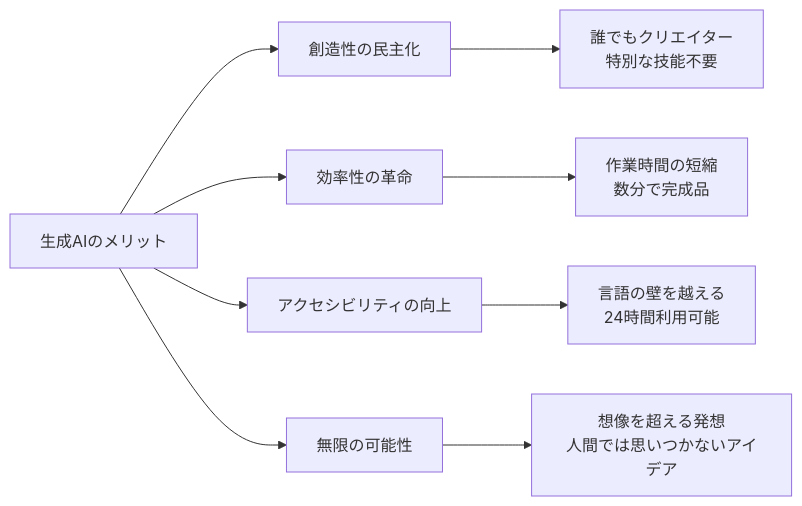
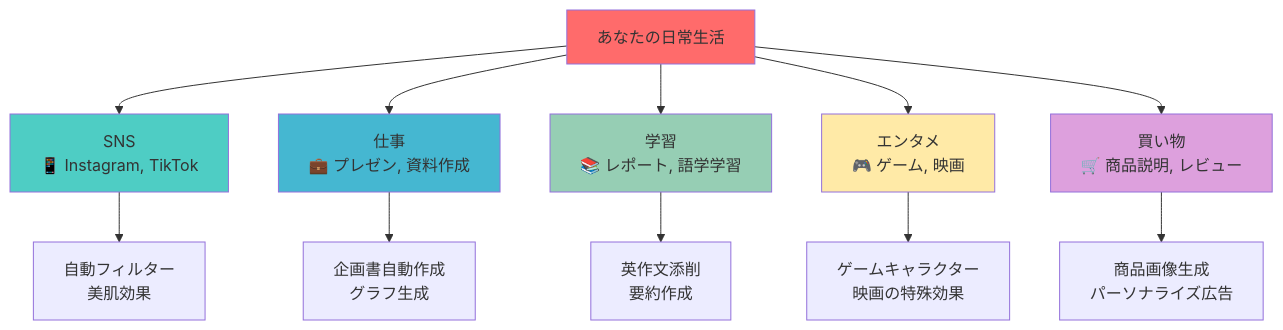
The eighth of 11 diagrams in GenerativeAI/README.MD (SparklingDetergent/doc_genai_mental_model), drawn with Mermaid before and after one commit. The commit also changed other lines of this file, not shown here.

````diff
--- a/GenerativeAI/README.MD
+++ b/GenerativeAI/README.MD
@@ -258,15 +252,21 @@
 ```mermaid
-flowchart LR
-    A[生成AIのメリット] --> B[創造性の民主化]
-    A --> C[効率性の革命]
-    A --> D[アクセシビリティの向上]
-    A --> E[無限の可能性]
+graph TD
+    A[あなたの日常生活] --> B[SNS<br/>📱 Instagram, TikTok]
+    A --> C[仕事<br/>💼 プレゼン, 資料作成]
+    A --> D[学習<br/>📚 レポート, 語学学習]
+    A --> E[エンタメ<br/>🎮 ゲーム, 映画]
+    A --> F[買い物<br/>🛒 商品説明, レビュー]
     
-    B --> B1[誰でもクリエイター<br/>特別な技能不要]
-    C --> C1[作業時間の短縮<br/>数分で完成品]
-    D --> D1[言語の壁を越える<br/>24時間利用可能]
-    E --> E1[想像を超える発想<br/>人間では思いつかないアイデア]
+    B --> B1[自動フィルター<br/>美肌効果]
+    C --> C1[企画書自動作成<br/>グラフ生成]
+    D --> D1[英作文添削<br/>要約作成]
+    E --> E1[ゲームキャラクター<br/>映画の特殊効果]
+    F --> F1[商品画像生成<br/>パーソナライズ広告]
     
-    click B1 "/docs/democratization.md" "創造性の民主化"
-    click C1 "/docs/efficiency.md" "効率性の詳細"
+    style A fill:#ff6b6b
+    style B fill:#4ecdc4
+    style C fill:#45b7d1
+    style D fill:#96ceb4
+    style E fill:#ffeaa7
+    style F fill:#dda0dd
 ```
````
